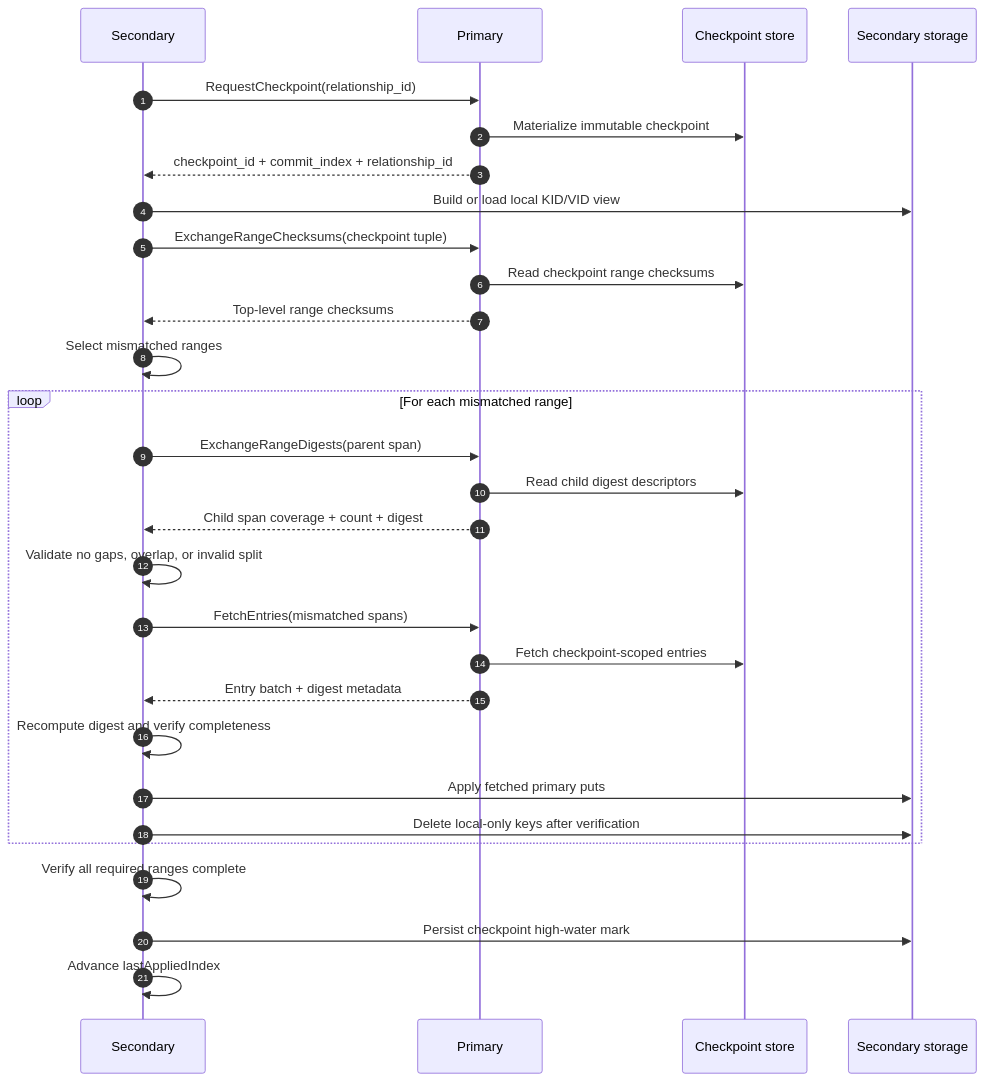
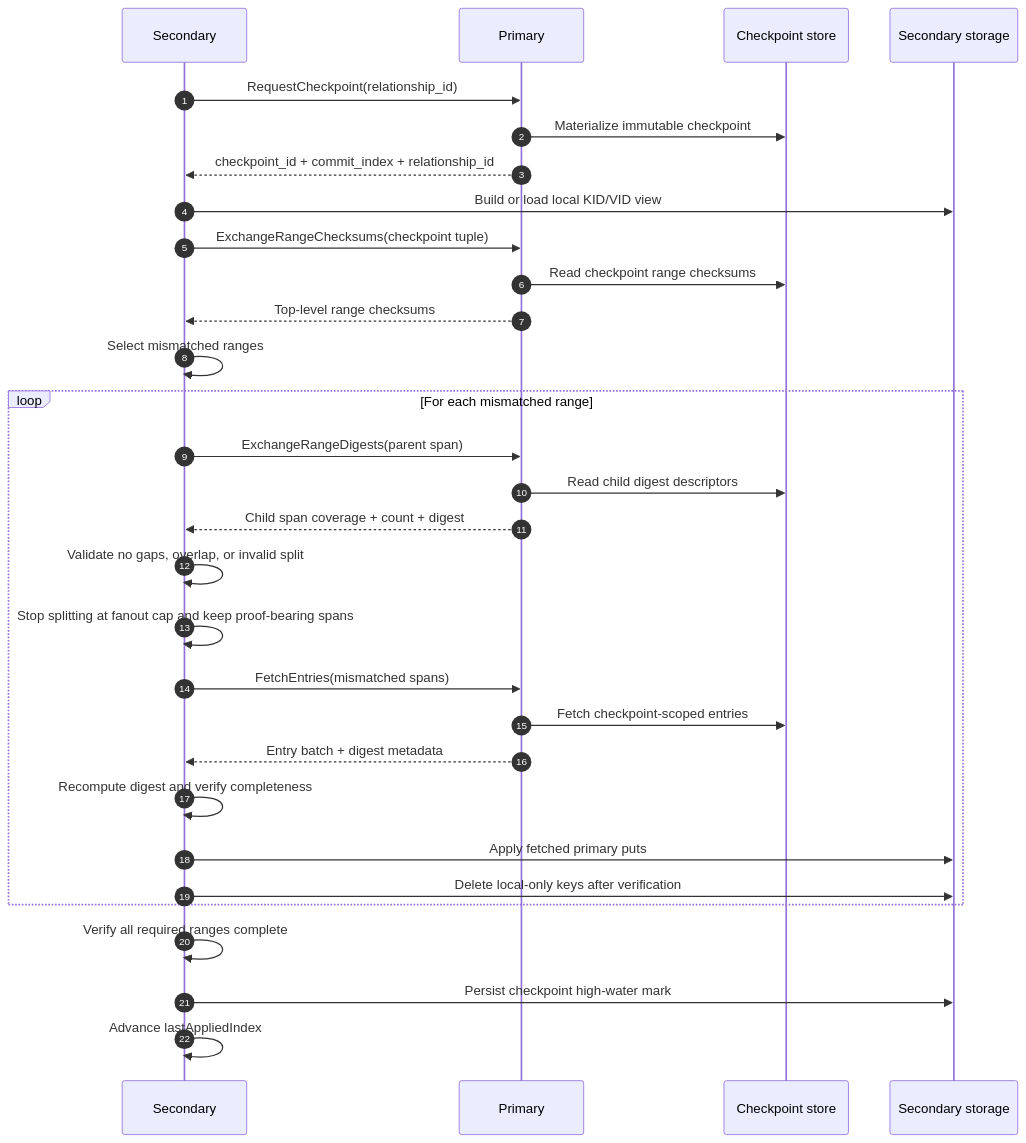
Before and after one commit to adfinis/openbao: the fourth of 5 diagrams in DR_PROTOCOL_DESIGN.md, drawn with Mermaid. The commit also changed other lines of this file and 8 other files, not shown here.

````diff
--- a/DR_PROTOCOL_DESIGN.md
+++ b/DR_PROTOCOL_DESIGN.md
@@ -276,36 +281,37 @@
 ```mermaid
 sequenceDiagram
     autonumber
     participant S as Secondary
     participant P as Primary
     participant CS as Checkpoint store
     participant LS as Secondary storage
 
     S->>P: RequestCheckpoint(relationship_id)
     P->>CS: Materialize immutable checkpoint
     P-->>S: checkpoint_id + commit_index + relationship_id
 
     S->>LS: Build or load local KID/VID view
     S->>P: ExchangeRangeChecksums(checkpoint tuple)
     P->>CS: Read checkpoint range checksums
     P-->>S: Top-level range checksums
 
     S->>S: Select mismatched ranges
 
     loop For each mismatched range
         S->>P: ExchangeRangeDigests(parent span)
         P->>CS: Read child digest descriptors
         P-->>S: Child span coverage + count + digest
         S->>S: Validate no gaps, overlap, or invalid split
+        S->>S: Stop splitting at fanout cap and keep proof-bearing spans
         S->>P: FetchEntries(mismatched spans)
         P->>CS: Fetch checkpoint-scoped entries
         P-->>S: Entry batch + digest metadata
         S->>S: Recompute digest and verify completeness
         S->>LS: Apply fetched primary puts
         S->>LS: Delete local-only keys after verification
     end
 
     S->>S: Verify all required ranges complete
     S->>LS: Persist checkpoint high-water mark
     S->>S: Advance lastAppliedIndex
 ```
````
